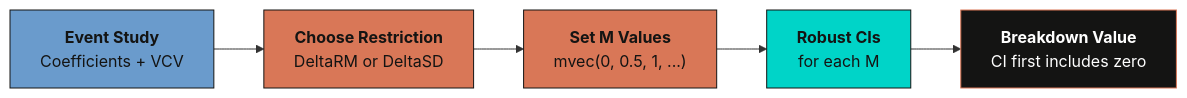
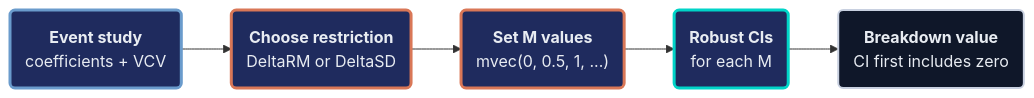
Before and after one commit to cmg777/starter-academic-v501: the third of 4 diagrams in content/post/stata_honestdid/index.md, drawn with Mermaid. The commit also changed other lines of this file and 13 other files, not shown here.

First line of the commit message:
content(mermaid): restyle flowcharts in Stata posts, batch 1 of 2

````diff
--- a/content/post/stata_honestdid/index.md
+++ b/content/post/stata_honestdid/index.md
@@ -524,13 +527,15 @@
 ```mermaid
 graph LR
-    A["<b>Event Study</b><br/>Coefficients + VCV"] --> B["<b>Choose Restriction</b><br/>DeltaRM or DeltaSD"]
-    B --> C["<b>Set M Values</b><br/>mvec(0, 0.5, 1, ...)"]
-    C --> D["<b>Robust CIs</b><br/>for each M"]
-    D --> E["<b>Breakdown Value</b><br/>CI first includes zero"]
-
-    style A fill:#6a9bcc,stroke:#141413,color:#141413
-    style B fill:#d97757,stroke:#141413,color:#141413
-    style C fill:#d97757,stroke:#141413,color:#141413
-    style D fill:#00d4c8,stroke:#141413,color:#141413
-    style E fill:#141413,stroke:#d97757,color:#fff
+    A("<b>Event study</b><br/>coefficients + VCV") --> B("<b>Choose restriction</b><br/>DeltaRM or DeltaSD")
+    B --> C("<b>Set M values</b><br/>mvec(0, 0.5, 1, ...)")
+    C --> D("<b>Robust CIs</b><br/>for each M")
+    D --> E("<b>Breakdown value</b><br/>CI first includes zero")
+    classDef blue fill:#1f2b5e,stroke:#6a9bcc,stroke-width:3px,color:#e8ecf2
+    classDef orange fill:#1f2b5e,stroke:#d97757,stroke-width:3px,color:#e8ecf2
+    classDef teal fill:#1f2b5e,stroke:#00d4c8,stroke-width:3px,color:#e8ecf2
+    classDef anchor fill:#0f1729,stroke:#c8d0e0,stroke-width:2px,color:#e8ecf2
+    class A blue
+    class B,C orange
+    class D teal
+    class E anchor
 ```
````
